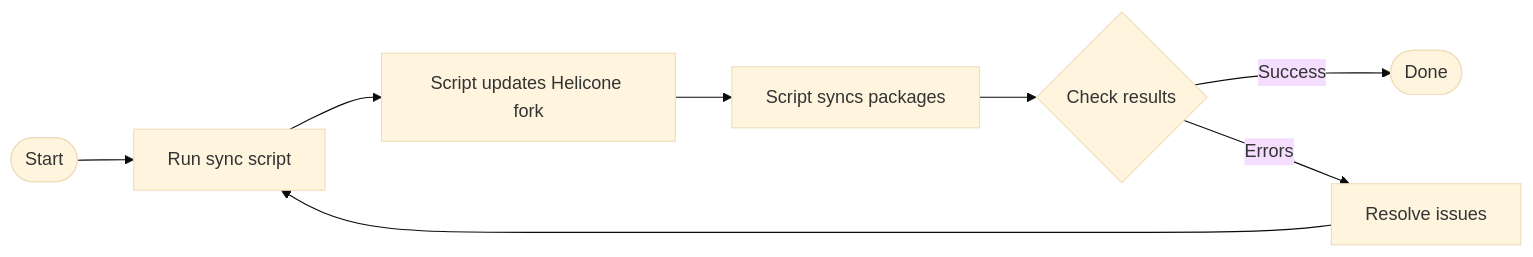
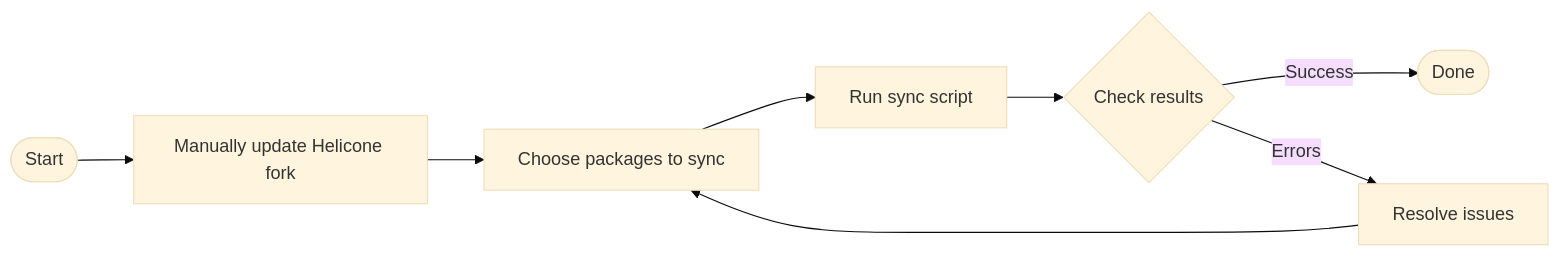
One commit to sparkz-development/helicone changed the diagram in SYNC_README.md. Above: the diagram before and after it, drawn with Mermaid (base theme).

Commit message:
Fix misleading mermaid diagram to correctly show manual fork update

````diff
--- a/SYNC_README.md
+++ b/SYNC_README.md
@@ -57,10 +57,10 @@
 ```mermaid
 flowchart LR
-    A([Start]) --> B[Run sync script]
-    B --> C[Script updates Helicone fork]
-    C --> D[Script syncs packages]
+    A([Start]) --> B[Manually update Helicone fork]
+    B --> C[Choose packages to sync]
+    C --> D[Run sync script]
     D --> E{Check results}
     E -->|Success| F([Done])
     E -->|Errors| G[Resolve issues]
-    G --> B
+    G --> C
 ```
````
